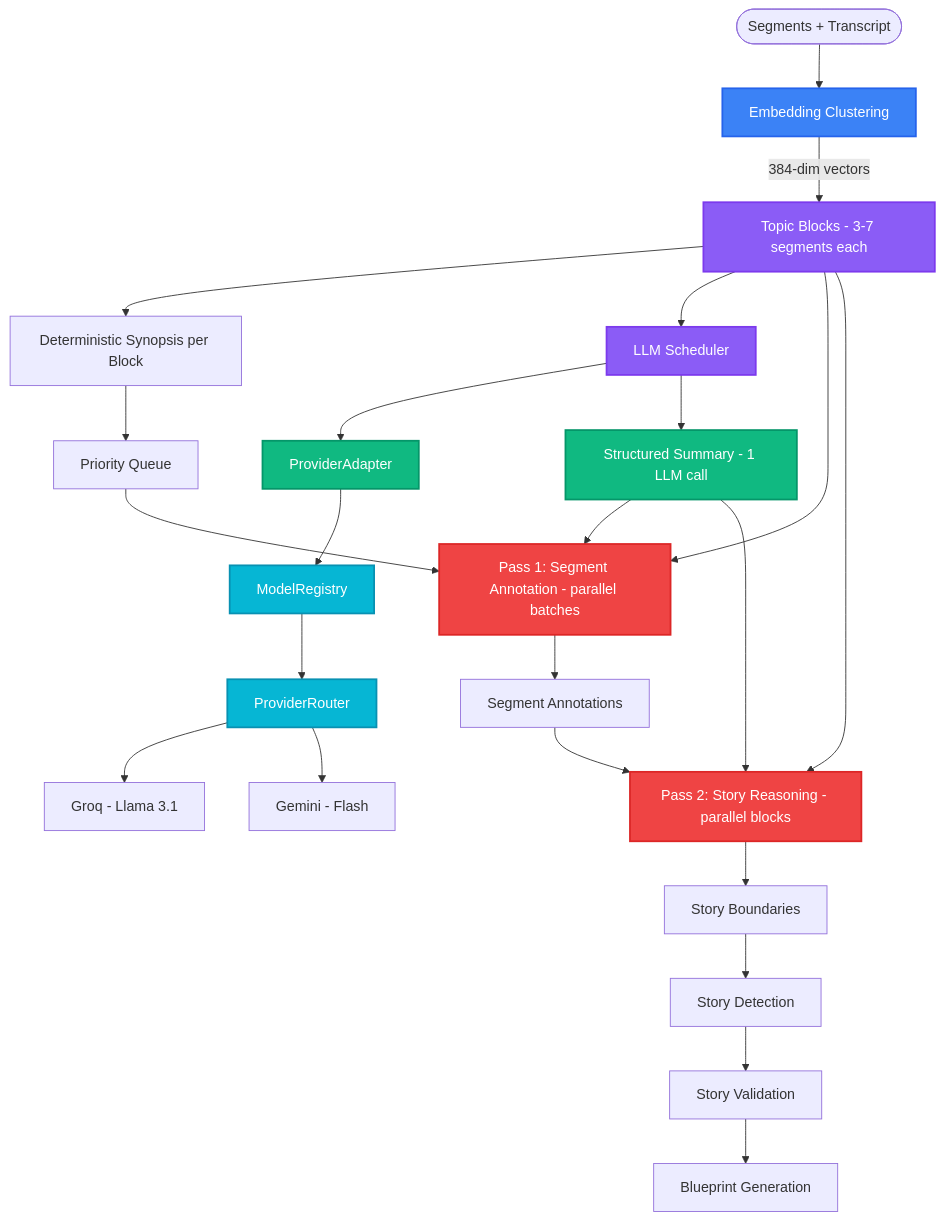
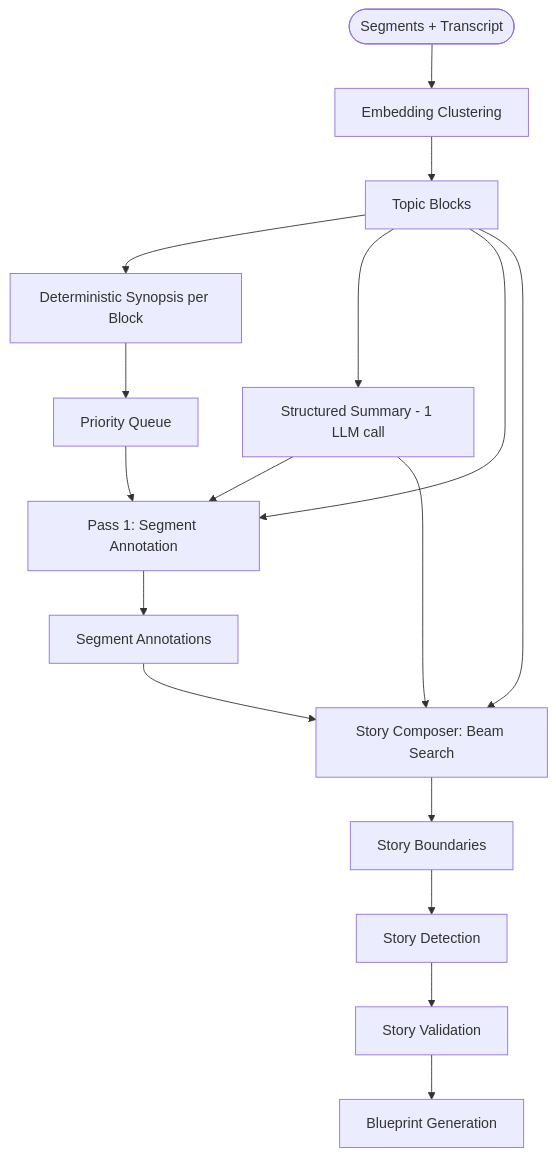
One commit to samm329-ui/Trimora_v2 changed the ninth of 16 diagrams in README.md. Above: the diagram before and after it, drawn with Mermaid. The commit also changed other lines of this file, not shown here.

Commit message:
docs: update README with Deterministic Story Composer documentation and Mermaid diagrams

````diff
--- a/README.md
+++ b/README.md
@@ -712,39 +534,22 @@
 ```mermaid
 flowchart TB
     START(["Segments + Transcript"]) --> EMB["Embedding Clustering"]
-    EMB -->|"384-dim vectors"| BLOCKS["Topic Blocks - 3-7 segments each"]
+    EMB --> BLOCKS["Topic Blocks"]
     BLOCKS --> SYNOPSIS["Deterministic Synopsis per Block"]
     SYNOPSIS --> PRIORITY["Priority Queue"]
 
-    BLOCKS --> LS["LLM Scheduler"]
-    LS --> PA["ProviderAdapter"]
-    PA --> MR["ModelRegistry"]
-    MR --> ROUTER["ProviderRouter"]
-    ROUTER --> GROQ["Groq - Llama 3.1"]
-    ROUTER --> GEMI["Gemini - Flash"]
-
-    LS --> SUMMARY["Structured Summary - 1 LLM call"]
-    SUMMARY --> PASS1["Pass 1: Segment Annotation - parallel batches"]
+    BLOCKS --> SUMMARY["Structured Summary - 1 LLM call"]
+    SUMMARY --> PASS1["Pass 1: Segment Annotation"]
     PRIORITY --> PASS1
     BLOCKS --> PASS1
     PASS1 --> ANNOTATIONS["Segment Annotations"]
 
-    ANNOTATIONS --> PASS2["Pass 2: Story Reasoning - parallel blocks"]
+    ANNOTATIONS --> PASS2["Story Composer: Beam Search"]
     BLOCKS --> PASS2
     SUMMARY --> PASS2
     PASS2 --> BOUNDARIES["Story Boundaries"]
 
     BOUNDARIES --> DETECT["Story Detection"]
     DETECT --> VALIDATE["Story Validation"]
     VALIDATE --> BLUEPRINTS["Blueprint Generation"]
-
-    style EMB fill:#3b82f6,color:#fff,stroke:#2563eb,stroke-width:2px
-    style BLOCKS fill:#8b5cf6,color:#fff,stroke:#7c3aed,stroke-width:2px
-    style LS fill:#8b5cf6,color:#fff,stroke:#7c3aed,stroke-width:2px
-    style PA fill:#10b981,color:#fff,stroke:#059669,stroke-width:2px
-    style MR fill:#06b6d4,color:#fff,stroke:#0891b2,stroke-width:2px
-    style ROUTER fill:#06b6d4,color:#fff,stroke:#0891b2,stroke-width:2px
-    style SUMMARY fill:#10b981,color:#fff,stroke:#059669,stroke-width:2px
-    style PASS1 fill:#ef4444,color:#fff,stroke:#dc2626,stroke-width:2px
-    style PASS2 fill:#ef4444,color:#fff,stroke:#dc2626,stroke-width:2px
 ```
````
